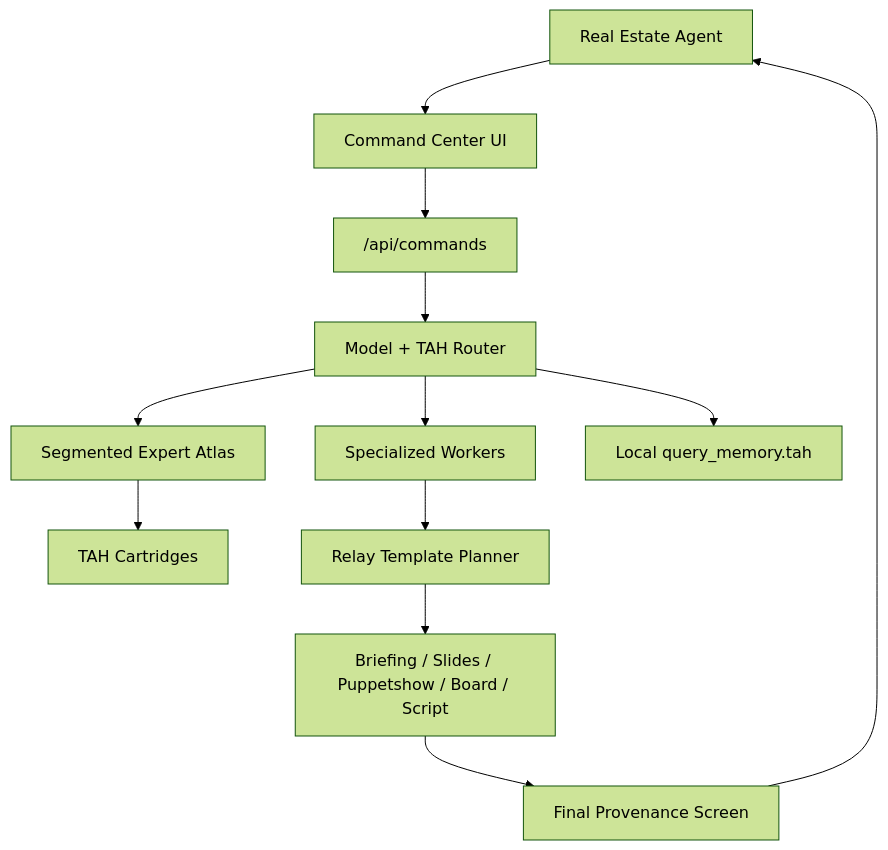
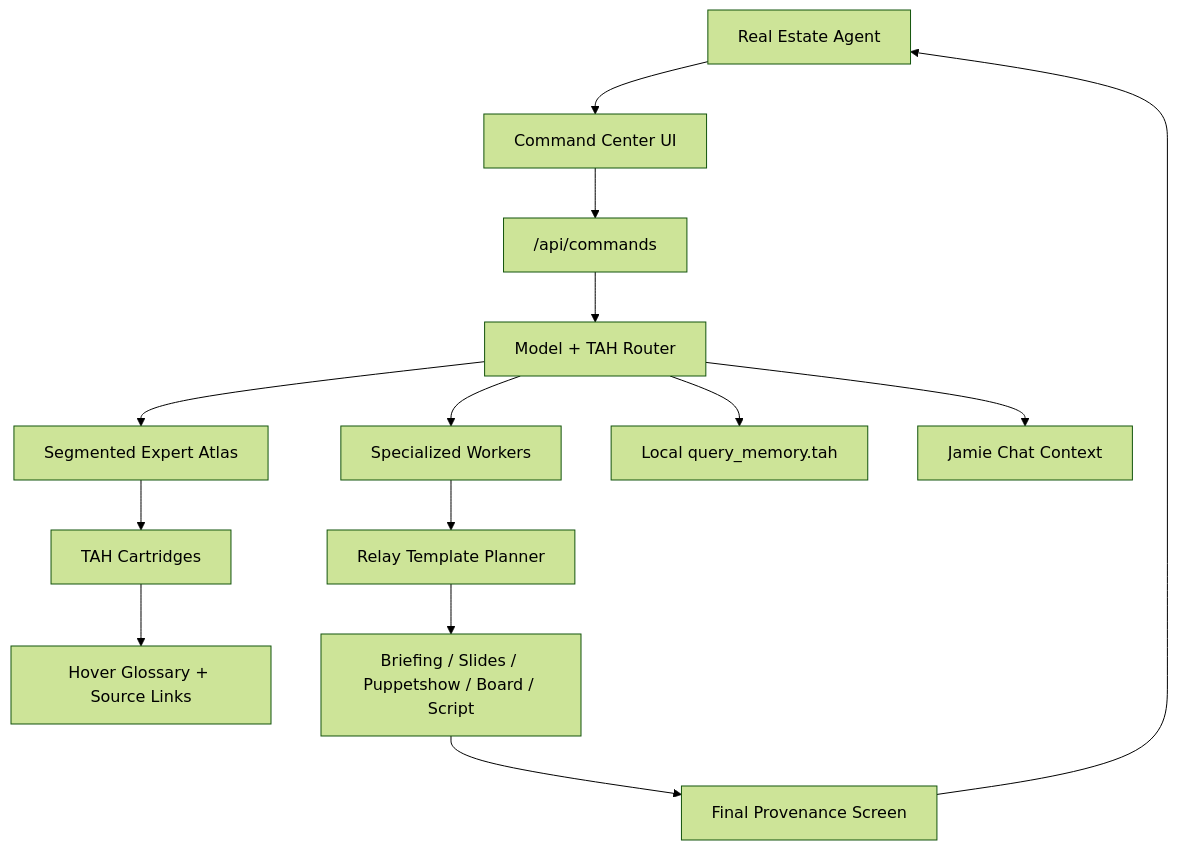
One commit to tahsrz/sunset-pulse changed the diagram in README.md. Above: the diagram before and after it, drawn with Mermaid (forest theme). The commit also changed other lines of this file and 30 other files, not shown here.

Commit message:
Add TAH helper glossary and Jamie bridge

````diff
--- a/README.md
+++ b/README.md
@@ -46,14 +59,16 @@
 ```mermaid
 flowchart TD
   Agent["Real Estate Agent"] --> UI["Command Center UI"]
   UI --> API["/api/commands"]
   API --> Router["Model + TAH Router"]
   Router --> Workers["Specialized Workers"]
   Router --> Atlas["Segmented Expert Atlas"]
   Router --> Memory["Local query_memory.tah"]
+  Router --> Jamie["Jamie Chat Context"]
   Atlas --> TAH["TAH Cartridges"]
+  TAH --> Glossary["Hover Glossary + Source Links"]
   Workers --> Relay["Relay Template Planner"]
   Relay --> Output["Briefing / Slides / Puppetshow / Board / Script"]
   Output --> Final["Final Provenance Screen"]
   Final --> Agent
 ```
````
